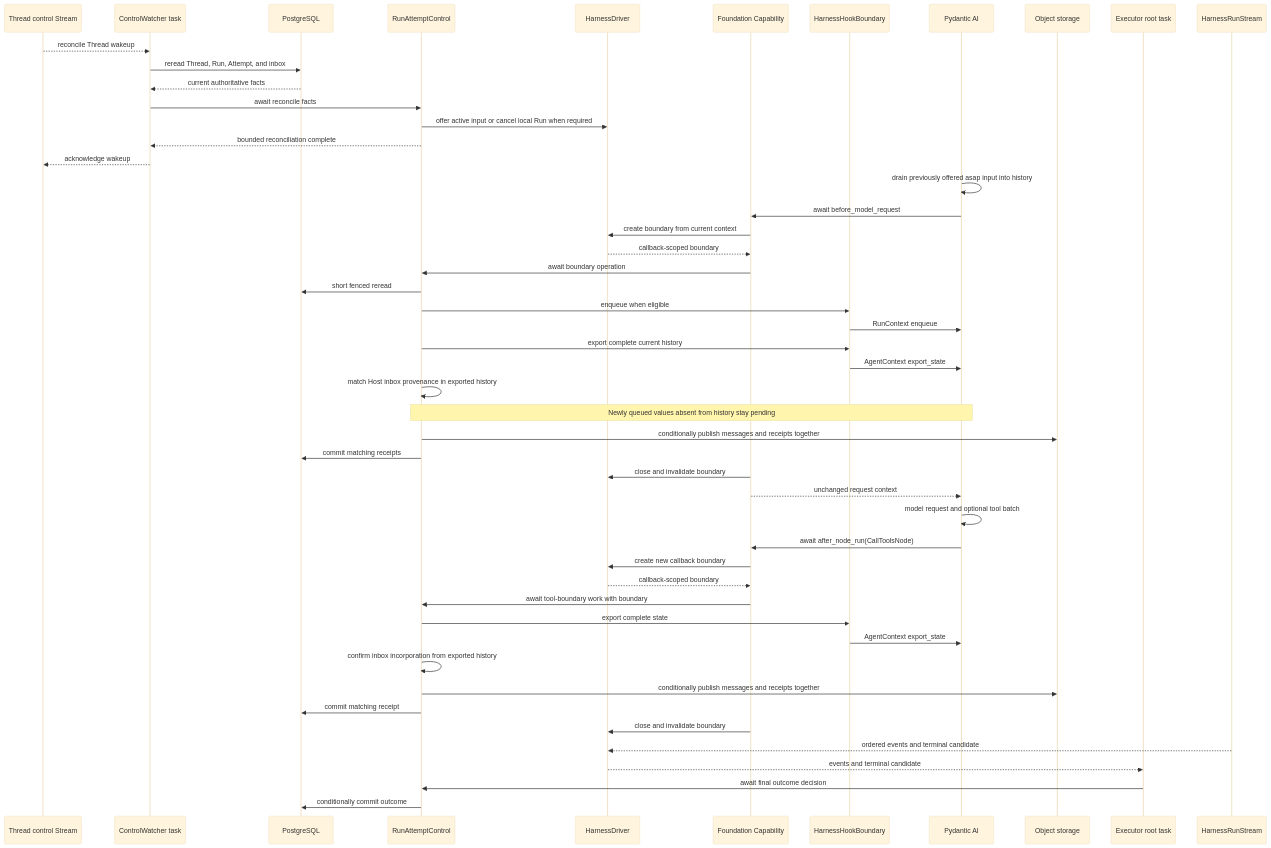
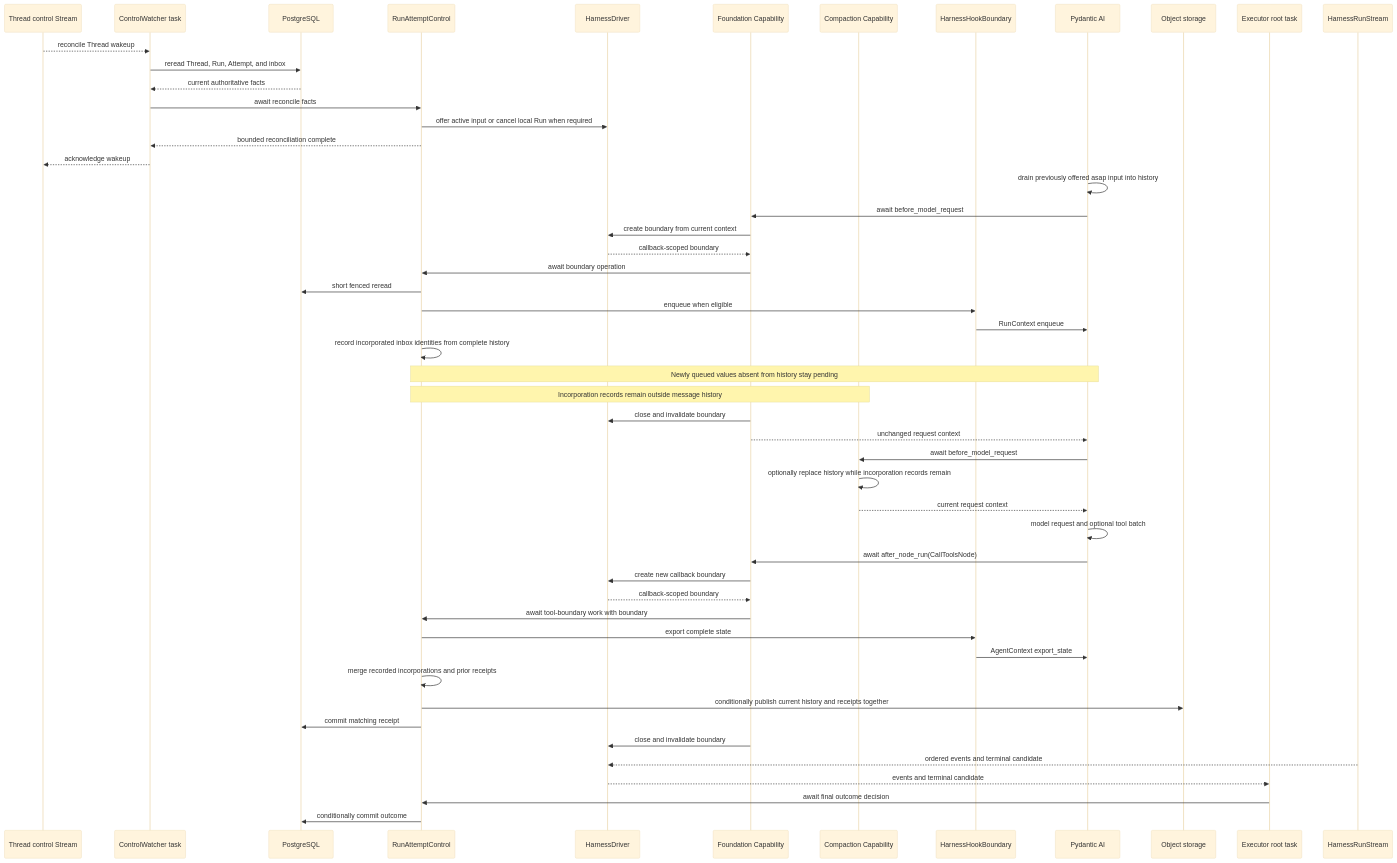
One commit to converge-ai-labs/agent-foundation changed the third of 3 diagrams in spec/foundation-service/14-harness-runtime-integration.md. Above: the diagram before and after it, drawn with Mermaid (base theme). The commit also changed other lines of this file and 2 other files, not shown here.

Commit message:
docs(foundation): retain inbox evidence across compaction

````diff
--- a/spec/foundation-service/14-harness-runtime-integration.md
+++ b/spec/foundation-service/14-harness-runtime-integration.md
@@ -417,54 +417,55 @@
 ```mermaid
 sequenceDiagram
     participant RedisControl as Thread control Stream
     participant Watcher as ControlWatcher task
     participant Postgres as PostgreSQL
     participant RunControl as RunAttemptControl
     participant Driver as HarnessDriver
     participant Capability as Foundation Capability
+    participant Compact as Compaction Capability
     participant Boundary as HarnessHookBoundary
     participant PAI as Pydantic AI
     participant Objects as Object storage
     participant Executor as Executor root task
     participant Harness as HarnessRunStream
 
     RedisControl-->>Watcher: reconcile Thread wakeup
     Watcher->>Postgres: reread Thread, Run, Attempt, and inbox
     Postgres-->>Watcher: current authoritative facts
     Watcher->>RunControl: await reconcile facts
     RunControl->>Driver: offer active input or cancel local Run when required
     RunControl-->>Watcher: bounded reconciliation complete
     Watcher-->>RedisControl: acknowledge wakeup
 
     PAI->>PAI: drain previously offered asap input into history
     PAI->>Capability: await before_model_request
     Capability->>Driver: create boundary from current context
     Driver-->>Capability: callback-scoped boundary
     Capability->>RunControl: await boundary operation
     RunControl->>Postgres: short fenced reread
     RunControl->>Boundary: enqueue when eligible
     Boundary->>PAI: RunContext enqueue
-    RunControl->>Boundary: export complete current history
-    Boundary->>PAI: AgentContext export_state
-    RunControl->>RunControl: match Host inbox provenance in exported history
+    RunControl->>RunControl: record incorporated inbox identities from complete history
     Note over RunControl,PAI: Newly queued values absent from history stay pending
-    RunControl->>Objects: conditionally publish messages and receipts together
-    RunControl->>Postgres: commit matching receipts
+    Note over RunControl,Compact: Incorporation records remain outside message history
     Capability->>Driver: close and invalidate boundary
     Capability-->>PAI: unchanged request context
+    PAI->>Compact: await before_model_request
+    Compact->>Compact: optionally replace history while incorporation records remain
+    Compact-->>PAI: current request context
     PAI->>PAI: model request and optional tool batch
     PAI->>Capability: await after_node_run(CallToolsNode)
     Capability->>Driver: create new callback boundary
     Driver-->>Capability: callback-scoped boundary
     Capability->>RunControl: await tool-boundary work with boundary
     RunControl->>Boundary: export complete state
     Boundary->>PAI: AgentContext export_state
-    RunControl->>RunControl: confirm inbox incorporation from exported history
-    RunControl->>Objects: conditionally publish messages and receipts together
+    RunControl->>RunControl: merge recorded incorporations and prior receipts
+    RunControl->>Objects: conditionally publish current history and receipts together
     RunControl->>Postgres: commit matching receipt
     Capability->>Driver: close and invalidate boundary
     Harness-->>Driver: ordered events and terminal candidate
     Driver-->>Executor: events and terminal candidate
     Executor->>RunControl: await final outcome decision
     RunControl->>Postgres: conditionally commit outcome
 ```
````
